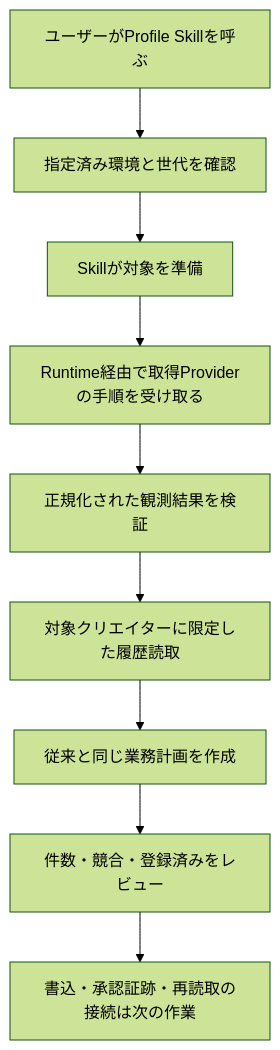
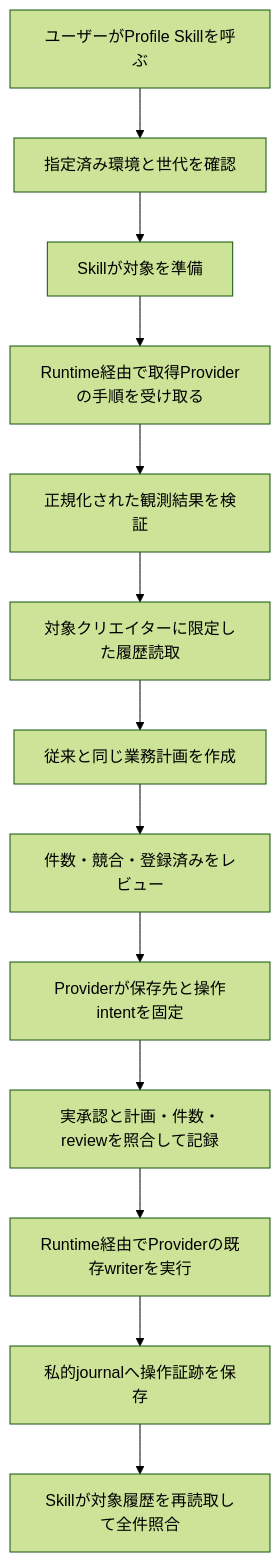
The diagram in docs/reviews/profile-environment-plan-ja.md (flair-agency/live-agency), drawn with Mermaid (forest theme) before and after one commit. The commit also changed other lines of this file and 2 other files, not shown here.

````diff
--- a/docs/reviews/profile-environment-plan-ja.md
+++ b/docs/reviews/profile-environment-plan-ja.md
@@ -20,11 +28,15 @@
 ```mermaid
 flowchart TD
   U[ユーザーがProfile Skillを呼ぶ] --> E[指定済み環境と世代を確認]
   E --> T[Skillが対象を準備]
   T --> S[Runtime経由で取得Providerの手順を受け取る]
   S --> O[正規化された観測結果を検証]
   O --> R[対象クリエイターに限定した履歴読取]
   R --> P[従来と同じ業務計画を作成]
   P --> V[件数・競合・登録済みをレビュー]
-  V --> N[書込・承認証跡・再読取の接続は次の作業]
+  V --> I[Providerが保存先と操作intentを固定]
+  I --> A[実承認と計画・件数・reviewを照合して記録]
+  A --> W[Runtime経由でProviderの既存writerを実行]
+  W --> J[私的journalへ操作証跡を保存]
+  J --> B[Skillが対象履歴を再読取して全件照合]
 ```
````
